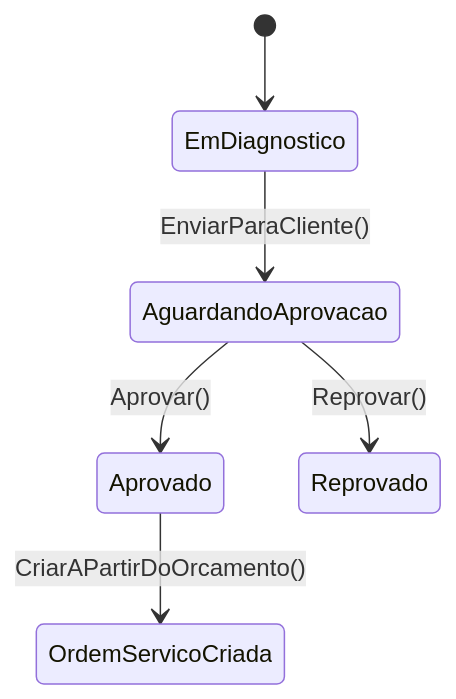
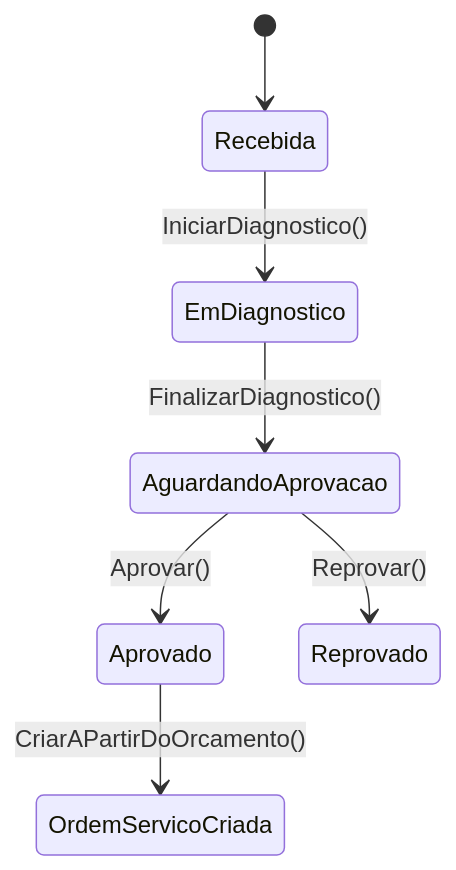
Before and after one commit to rm376543/Ofichinna: the diagram in docs/das/DAS-002-fluxo-orcamento.md, drawn with Mermaid. The commit also changed other lines of this file and 2 other files, not shown here.

Commit message:
atualizando documentacao do projeto

````diff
--- a/docs/das/DAS-002-fluxo-orcamento.md
+++ b/docs/das/DAS-002-fluxo-orcamento.md
@@ -102,8 +102,9 @@
 ```mermaid
 stateDiagram-v2
-	[*] --> EmDiagnostico
-	EmDiagnostico --> AguardandoAprovacao: EnviarParaCliente()
+	[*] --> Recebida
+	Recebida --> EmDiagnostico: IniciarDiagnostico()
+	EmDiagnostico --> AguardandoAprovacao: FinalizarDiagnostico()
 	AguardandoAprovacao --> Aprovado: Aprovar()
 	AguardandoAprovacao --> Reprovado: Reprovar()
 	Aprovado --> OrdemServicoCriada: CriarAPartirDoOrcamento()
 ```
````
